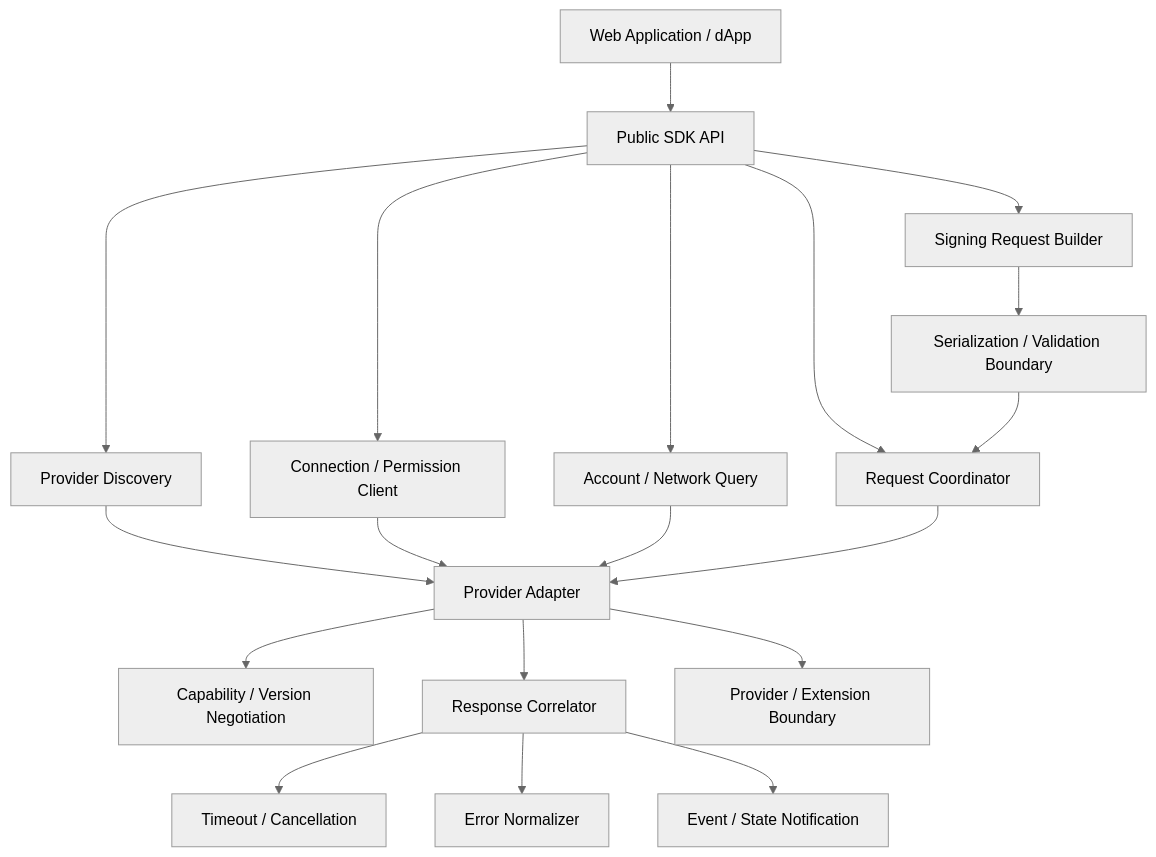
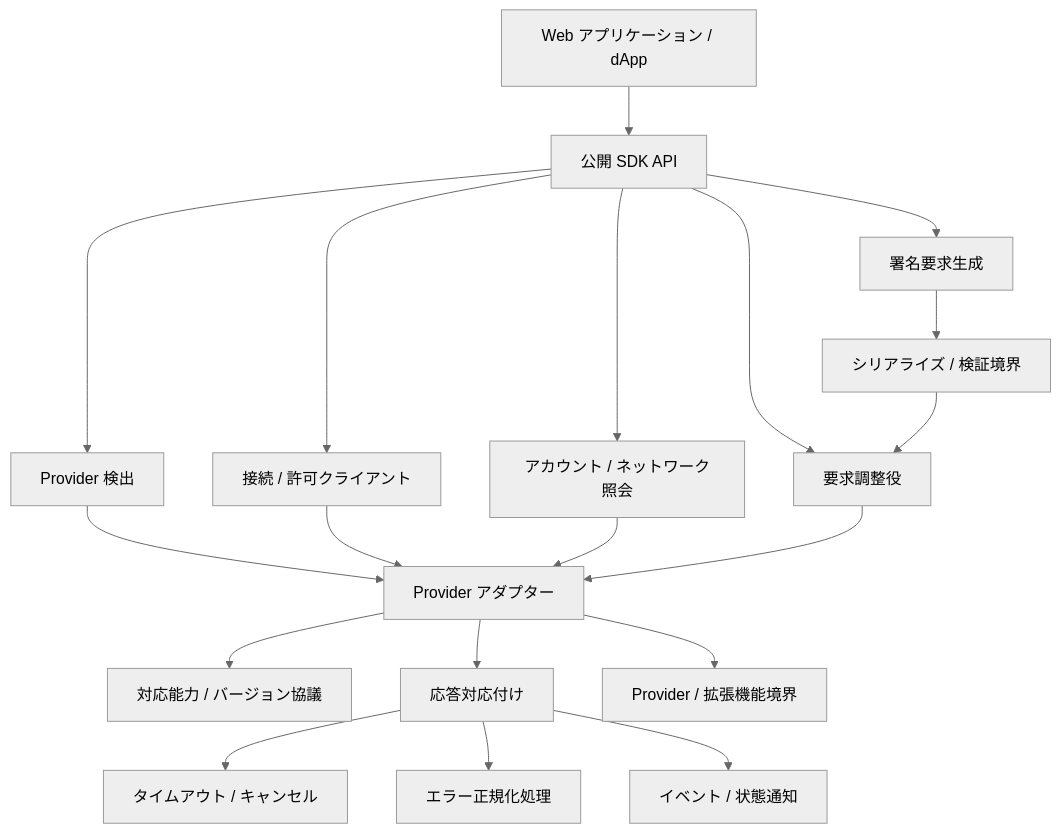
One commit to MosaicLynx/MosaicLynx changed the diagram in docs/design/sdk.md. Above: the diagram before and after it, drawn with Mermaid (neutral theme). The commit also changed other lines of this file and 135 other files, not shown here.

````diff
--- a/docs/design/sdk.md
+++ b/docs/design/sdk.md
@@ -104,36 +104,36 @@
 ```mermaid
 flowchart TB
-    D[Web Application / dApp]
-    P[Public SDK API]
-    F[Provider Discovery]
-    A[Provider Adapter]
-    C[Capability / Version Negotiation]
-    M[Connection / Permission Client]
-    Q[Account / Network Query]
-    B[Signing Request Builder]
-    R[Request Coordinator]
-    K[Response Correlator]
-    T[Timeout / Cancellation]
-    E[Error Normalizer]
-    N[Event / State Notification]
-    V[Serialization / Validation Boundary]
-    W[Provider / Extension Boundary]
+    D[Web アプリケーション / dApp]
+    P[公開 SDK API]
+    F[Provider 検出]
+    A[Provider アダプター]
+    C[対応能力 / バージョン協議]
+    M[接続 / 許可クライアント]
+    Q[アカウント / ネットワーク照会]
+    B[署名要求生成]
+    R[要求調整役]
+    K[応答対応付け]
+    T[タイムアウト / キャンセル]
+    E[エラー正規化処理]
+    N[イベント / 状態通知]
+    V[シリアライズ / 検証境界]
+    W[Provider / 拡張機能境界]
 
     D --> P
     P --> F
     P --> M
     P --> Q
     P --> B
     P --> R
     F --> A
     A --> C
     M --> A
     Q --> A
     B --> V --> R
     R --> A
     A --> K
     K --> T
     K --> E
     K --> N
     A --> W
 ```
````
